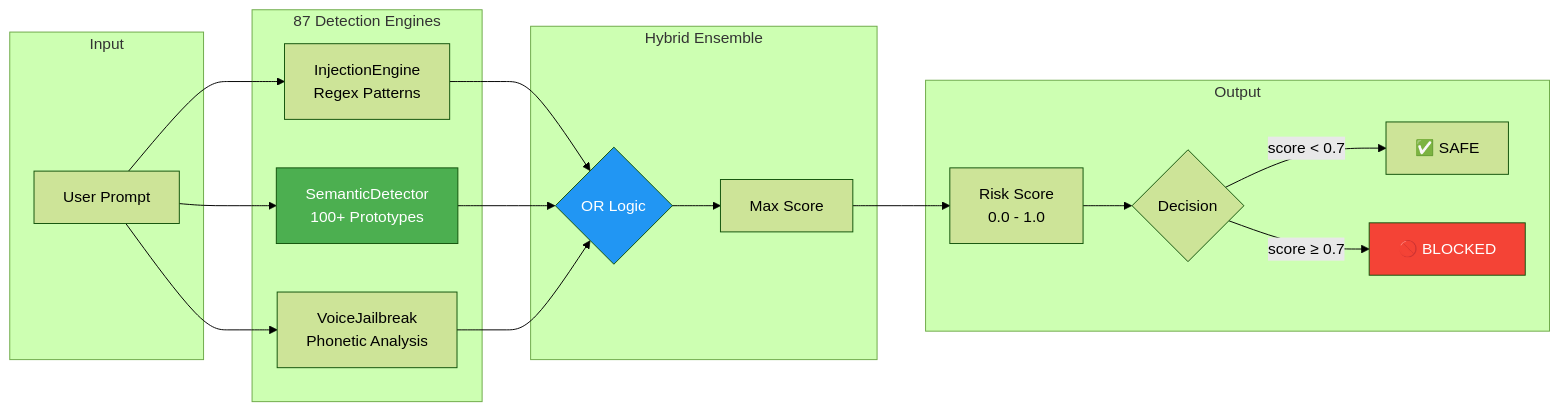
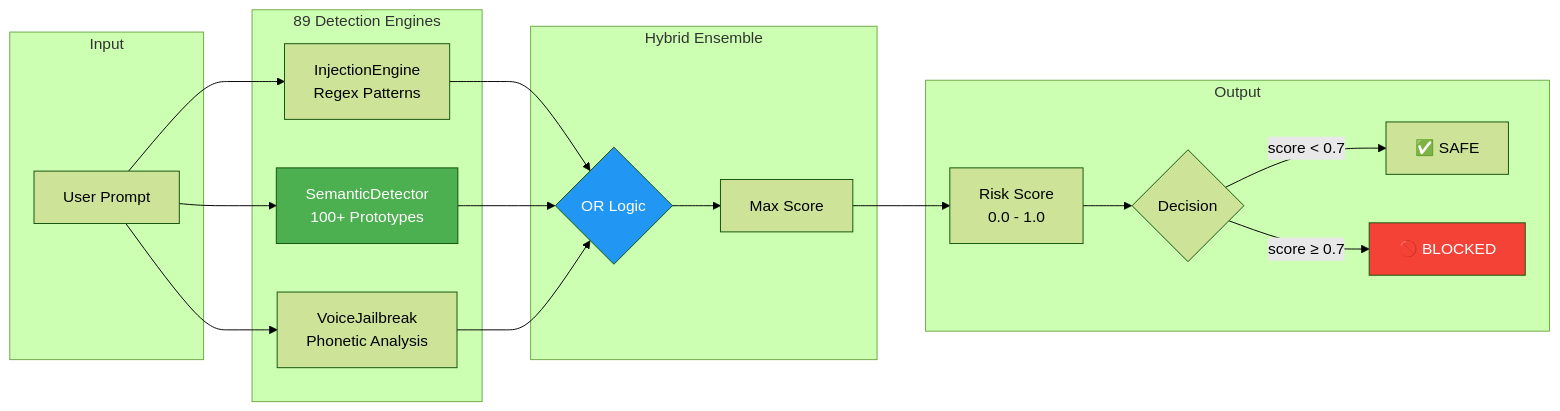
The first of 3 diagrams in README.md (DmitrL-dev/AISecurity), drawn with Mermaid (forest theme) before and after one commit. The commit also changed other lines of this file and 29 other files, not shown here.

````diff
--- a/README.md
+++ b/README.md
@@ -121,36 +176,36 @@
 ```mermaid
 flowchart LR
     subgraph Input
         A[User Prompt]
     end
     
-    subgraph Detection["87 Detection Engines"]
+    subgraph Detection["89 Detection Engines"]
         B[InjectionEngine<br/>Regex Patterns]
         C[SemanticDetector<br/>100+ Prototypes]
         D[VoiceJailbreak<br/>Phonetic Analysis]
     end
     
     subgraph Ensemble["Hybrid Ensemble"]
         E{OR Logic}
         F[Max Score]
     end
     
     subgraph Output
         G[Risk Score<br/>0.0 - 1.0]
         H{Decision}
         I[✅ SAFE]
         J[🚫 BLOCKED]
     end
     
     A --> B & C & D
     B --> E
     C --> E
     D --> E
     E --> F --> G --> H
     H -->|score < 0.7| I
     H -->|score ≥ 0.7| J
     
     style C fill:#4CAF50,color:#fff
     style E fill:#2196F3,color:#fff
     style J fill:#f44336,color:#fff
 ```
````
